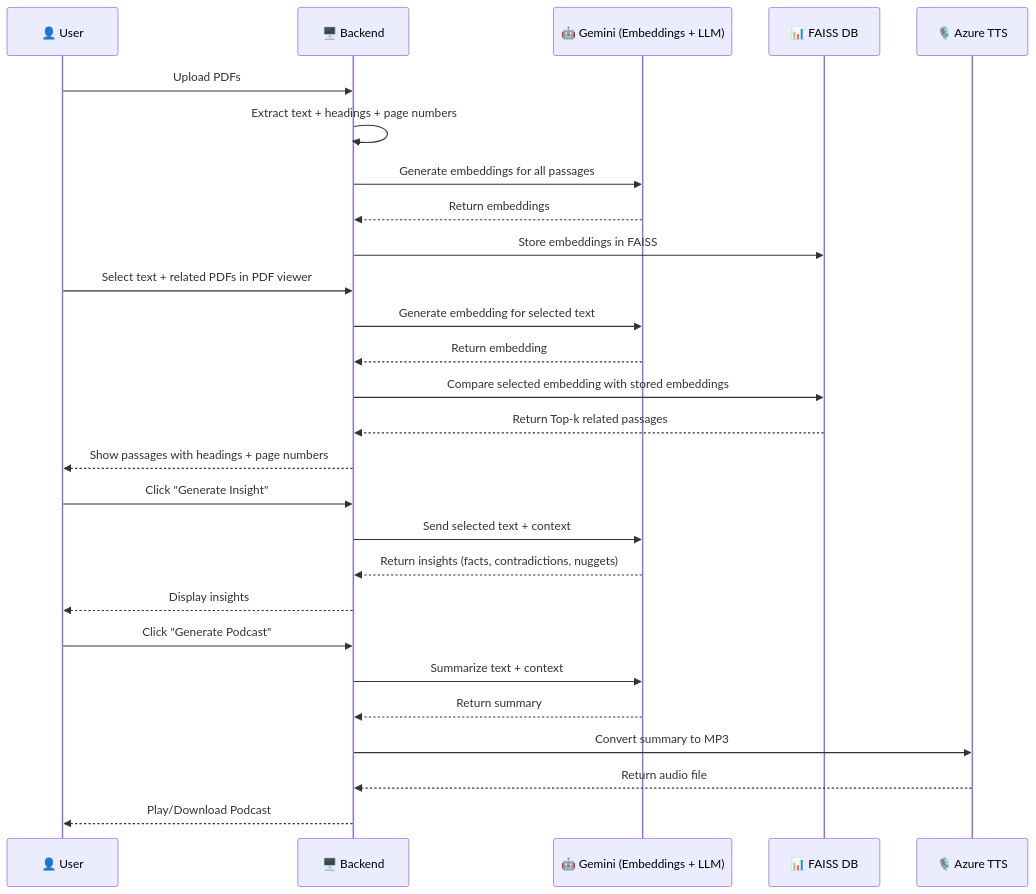
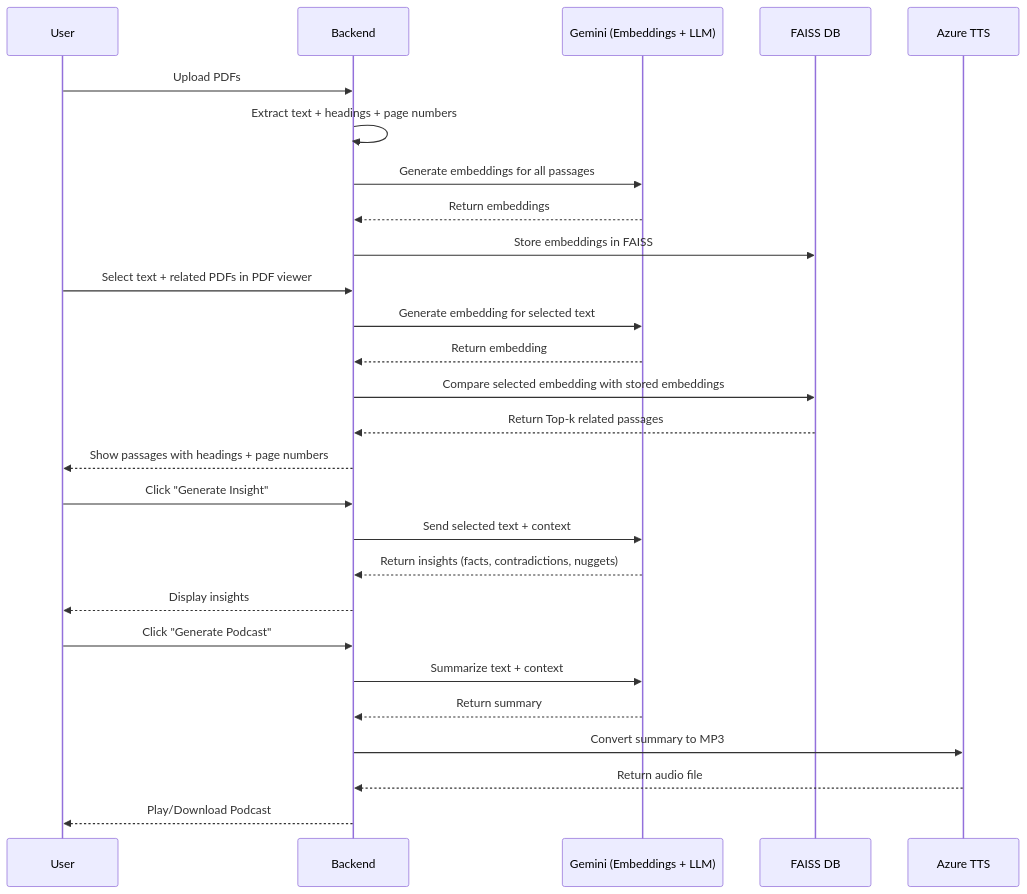
Before and after one commit to vishal09dream/adobe-pdf-project: the diagram in Logic_workflow.md, drawn with Mermaid. The commit also changed other lines of this file, not shown here.

````diff
--- a/Logic_workflow.md
+++ b/Logic_workflow.md
@@ -227,39 +232,39 @@
 ```mermaid
 sequenceDiagram
-    participant U as 👤 User
-    participant B as 🖥️ Backend
-    participant G as 🤖 Gemini (Embeddings + LLM)
-    participant F as 📊 FAISS DB
-    participant T as 🎙️ Azure TTS
+    participant U as User
+    participant B as Backend
+    participant G as Gemini (Embeddings + LLM)
+    participant F as FAISS DB
+    participant T as Azure TTS
 
     %% Step 1: Upload PDFs
     U->>B: Upload PDFs
     B->>B: Extract text + headings + page numbers
     B->>G: Generate embeddings for all passages
     G-->>B: Return embeddings
     B->>F: Store embeddings in FAISS
 
     %% Step 2: Select text
     U->>B: Select text + related PDFs in PDF viewer
     B->>G: Generate embedding for selected text
     G-->>B: Return embedding
 
     %% Step 3: Find related content
     B->>F: Compare selected embedding with stored embeddings
     F-->>B: Return Top-k related passages
     B-->>U: Show passages with headings + page numbers
 
     %% Step 4: Generate Insights
     U->>B: Click "Generate Insight"
     B->>G: Send selected text + context
     G-->>B: Return insights (facts, contradictions, nuggets)
     B-->>U: Display insights
 
     %% Step 5: Generate Podcast
     U->>B: Click "Generate Podcast"
     B->>G: Summarize text + context
     G-->>B: Return summary
     B->>T: Convert summary to MP3
     T-->>B: Return audio file
     B-->>U: Play/Download Podcast
 ```
````
